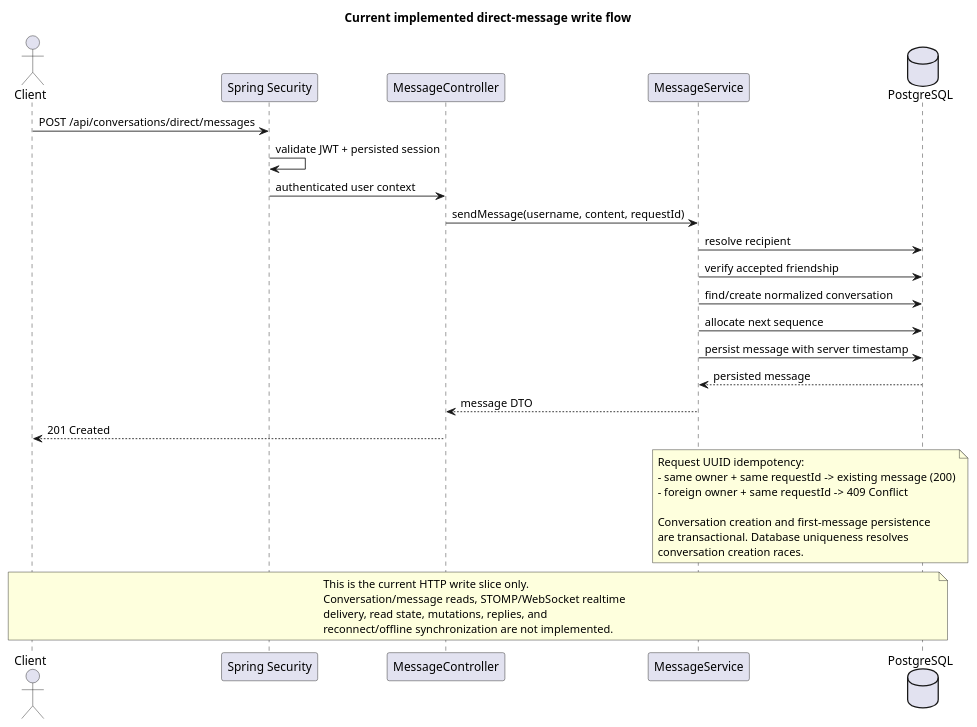
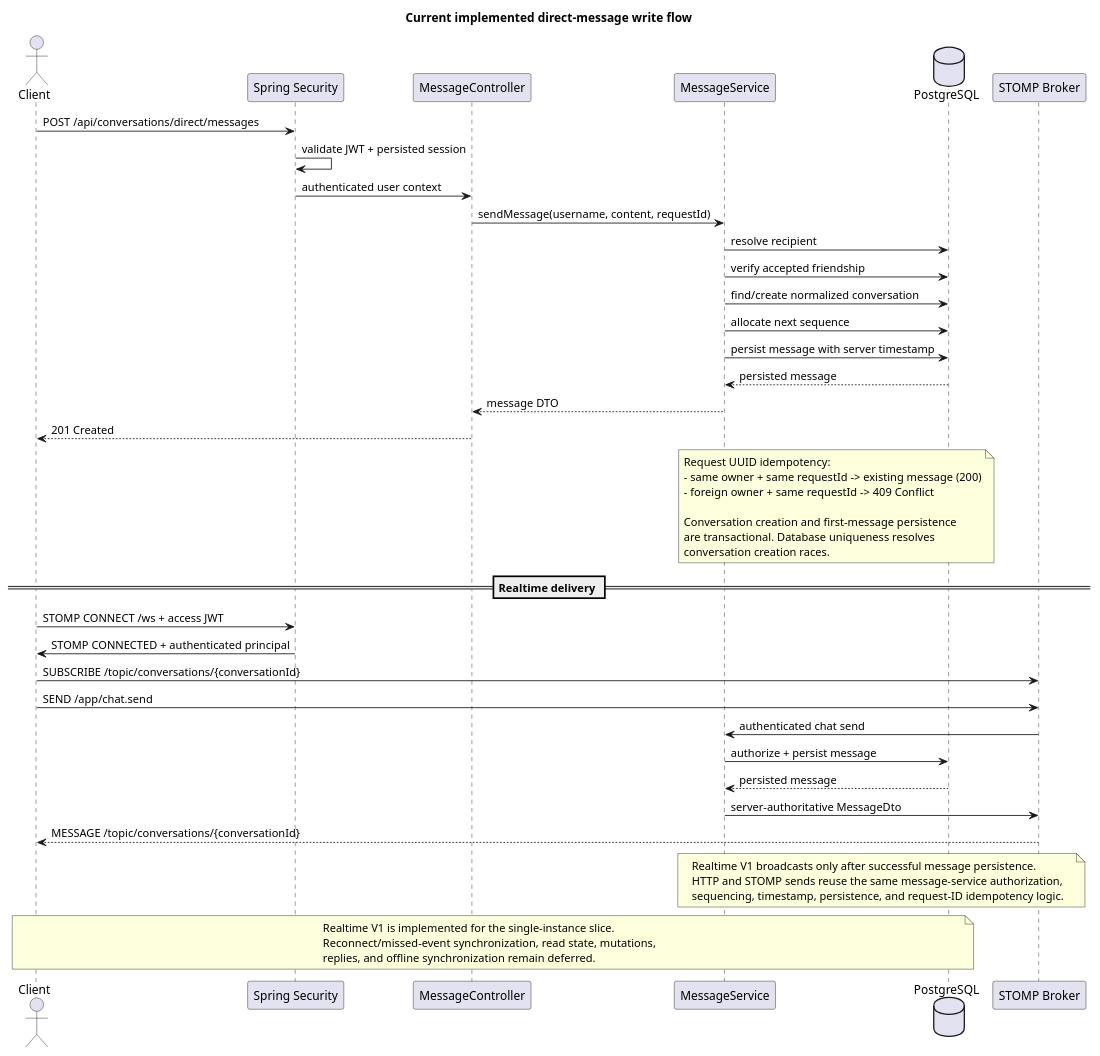
One commit to animesh0404/samvaad-server changed the diagram in docs/architecture/diagrams/current-messaging-write-flow.puml. Above: the diagram before and after it, drawn with PlantUML.

Commit message:
docs: reconcile realtime messaging diagram

```diff
--- a/docs/architecture/diagrams/current-messaging-write-flow.puml
+++ b/docs/architecture/diagrams/current-messaging-write-flow.puml
@@ -1,39 +1,57 @@
 @startuml
 title Current implemented direct-message write flow
 
 actor Client
 participant "Spring Security" as Security
 participant "MessageController" as Controller
 participant "MessageService" as Service
 database "PostgreSQL" as DB
+participant "STOMP Broker" as Broker
 
 Client -> Security : POST /api/conversations/direct/messages
 Security -> Security : validate JWT + persisted session
 Security -> Controller : authenticated user context
 Controller -> Service : sendMessage(username, content, requestId)
 Service -> DB : resolve recipient
 Service -> DB : verify accepted friendship
 Service -> DB : find/create normalized conversation
 Service -> DB : allocate next sequence
 Service -> DB : persist message with server timestamp
 DB --> Service : persisted message
 Service --> Controller : message DTO
 Controller --> Client : 201 Created
 
 note over Service,DB
 Request UUID idempotency:
 - same owner + same requestId -> existing message (200)
 - foreign owner + same requestId -> 409 Conflict
 
 Conversation creation and first-message persistence
 are transactional. Database uniqueness resolves
 conversation creation races.
 end note
 
+== Realtime delivery ==
+
+Client -> Security : STOMP CONNECT /ws + access JWT
+Security -> Client : STOMP CONNECTED + authenticated principal
+Client -> Broker : SUBSCRIBE /topic/conversations/{conversationId}
+Client -> Broker : SEND /app/chat.send
+Broker -> Service : authenticated chat send
+Service -> DB : authorize + persist message
+DB --> Service : persisted message
+Service -> Broker : server-authoritative MessageDto
+Broker --> Client : MESSAGE /topic/conversations/{conversationId}
+
+note over Service,Broker
+Realtime V1 broadcasts only after successful message persistence.
+HTTP and STOMP sends reuse the same message-service authorization,
+sequencing, timestamp, persistence, and request-ID idempotency logic.
+end note
+
 note over Client,DB
-This is the current HTTP write slice only.
-Conversation/message reads, STOMP/WebSocket realtime
-delivery, read state, mutations, replies, and
-reconnect/offline synchronization are not implemented.
+Realtime V1 is implemented for the single-instance slice.
+Reconnect/missed-event synchronization, read state, mutations,
+replies, and offline synchronization remain deferred.
 end note
 @enduml
```
